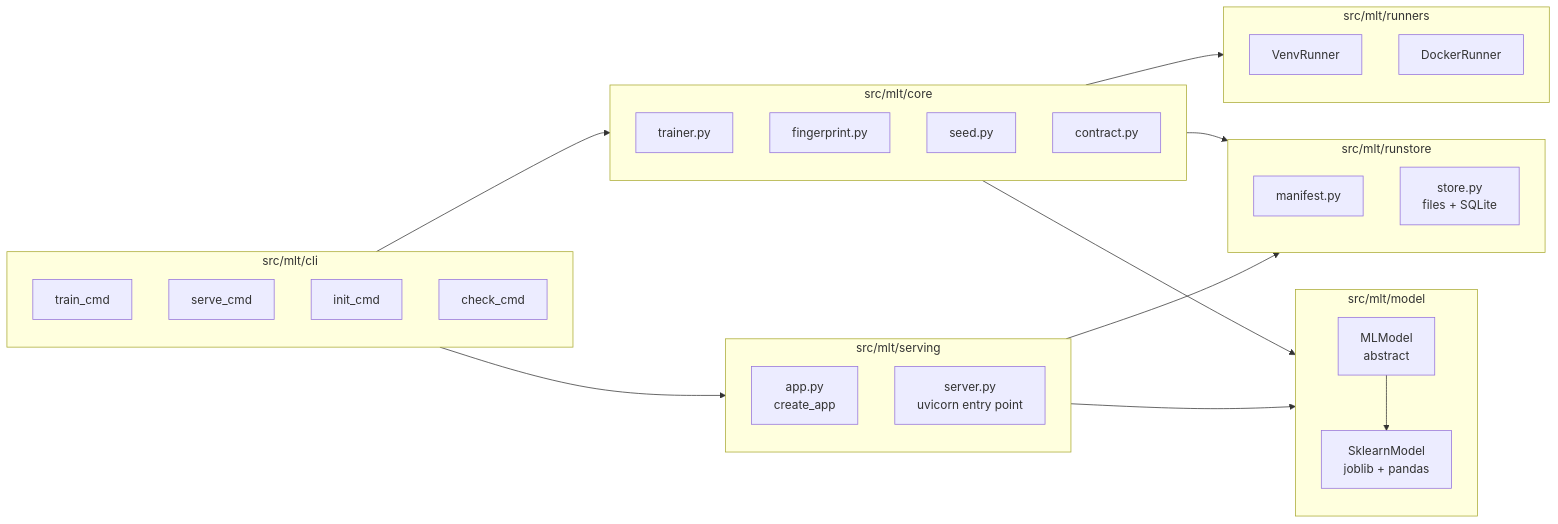
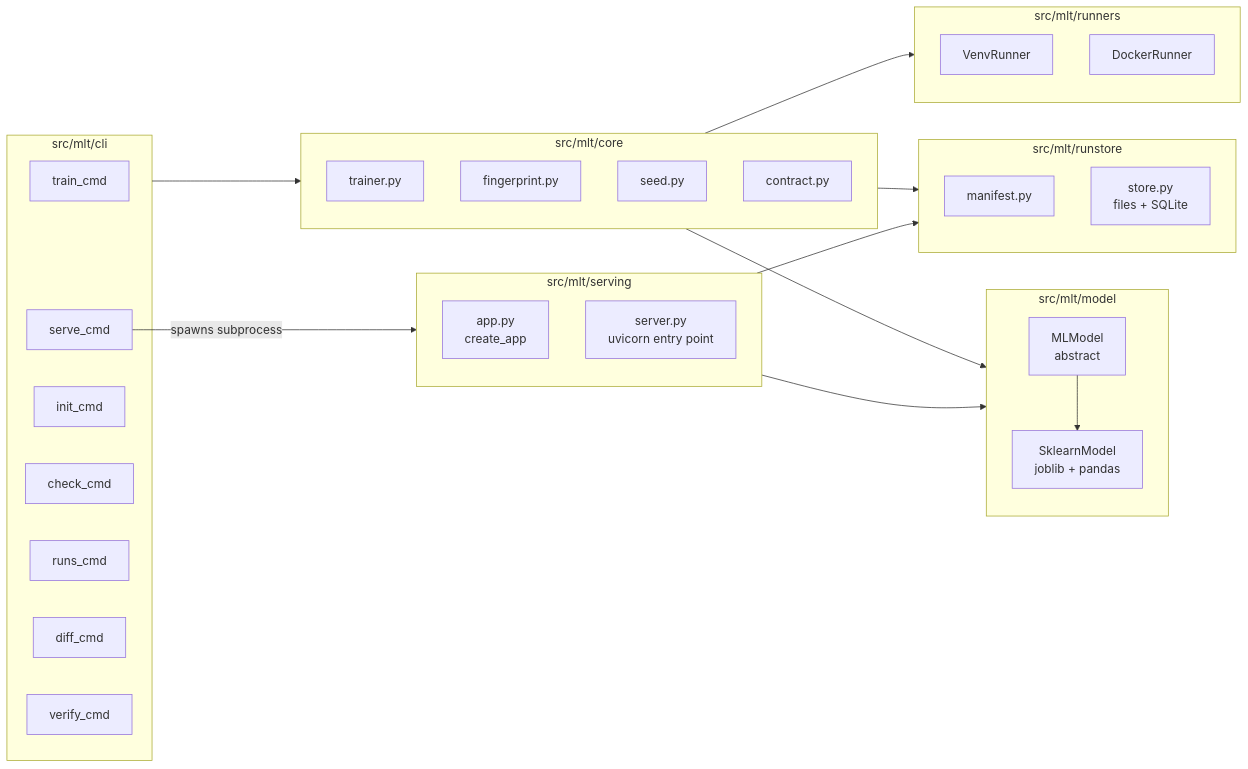
One commit to rafa-am/olx-mlops-case changed the third of 4 diagrams in docs/architecture.md. Above: the diagram before and after it, drawn with Mermaid. The commit also changed other lines of this file, not shown here.

Commit message:
fix architecture.md discrepancies with current implementation
- add runs_cmd, diff_cmd, verify_cmd to CLI component map
- clarify serve_cmd spawns subprocess instead of directly importing serving
- clarify server.py loads class from code/model.py and artifacts from model/

````diff
--- a/docs/architecture.md
+++ b/docs/architecture.md
@@ -59,34 +59,34 @@
 ```mermaid
 flowchart LR
     subgraph CLI [src/mlt/cli]
-        TC[train_cmd] & SC[serve_cmd] & IC[init_cmd] & CC[check_cmd]
+        TC[train_cmd] & SC[serve_cmd] & IC[init_cmd] & CC[check_cmd] & RC[runs_cmd] & DC[diff_cmd] & VC[verify_cmd]
     end
 
     subgraph CORE [src/mlt/core]
         TR[trainer.py] & FP[fingerprint.py] & SEED[seed.py] & CONTR[contract.py]
     end
 
     subgraph MODEL [src/mlt/model]
         BASE[MLModel\nabstract] --> SKL[SklearnModel\njoblib + pandas]
     end
 
     subgraph RUNNERS [src/mlt/runners]
         VENV[VenvRunner] & DOCK[DockerRunner]
     end
 
     subgraph STORE [src/mlt/runstore]
         MAN[manifest.py] & ST[store.py\nfiles + SQLite]
     end
 
     subgraph SERVING [src/mlt/serving]
         APP[app.py\ncreate_app] & SRV[server.py\nuvicorn entry point]
     end
 
     CLI --> CORE
     CORE --> RUNNERS
     CORE --> STORE
     CORE --> MODEL
-    CLI --> SERVING
+    SC -->|spawns subprocess| SERVING
     SERVING --> MODEL
     SERVING --> STORE
 ```
````
